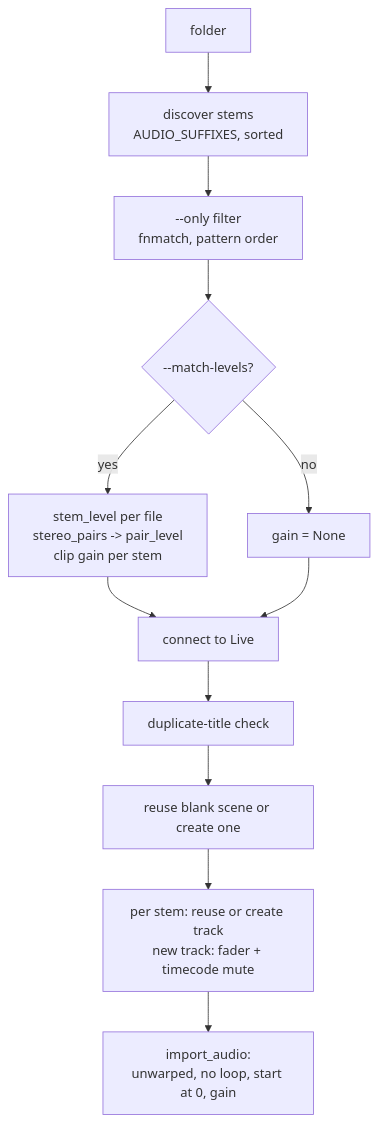
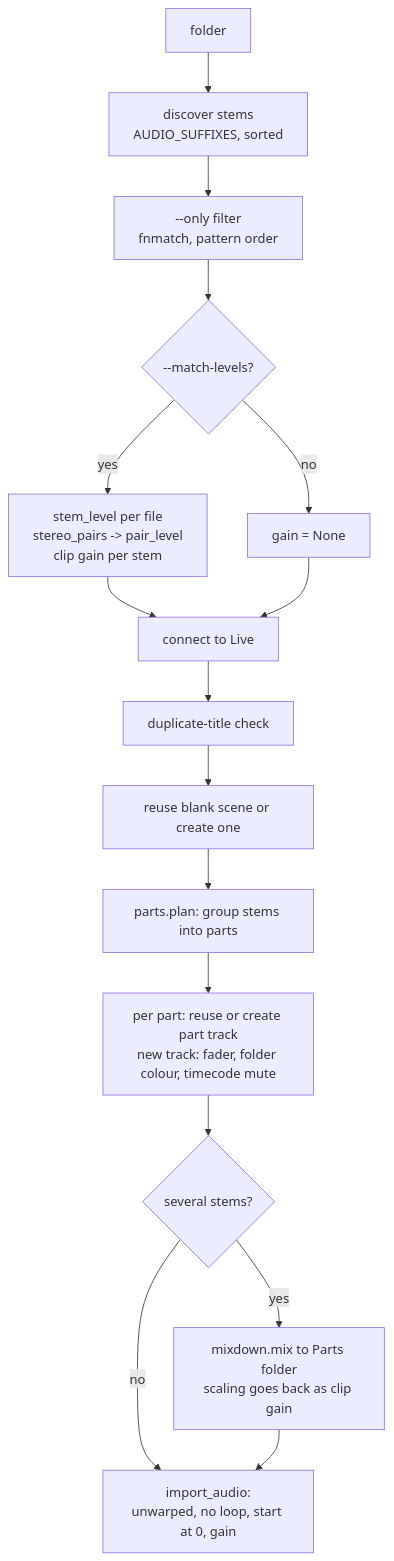
The diagram in docs/documentation/cli-and-live-control.md (BenCurrie42/hackathon_2026), drawn with Mermaid before and after one commit. The commit also changed other lines of this file and 19 other files, not shown here.

````diff
--- a/docs/documentation/cli-and-live-control.md
+++ b/docs/documentation/cli-and-live-control.md
@@ -113,14 +117,18 @@
 ```mermaid
 flowchart TD
     A[folder] --> B[discover stems<br/>AUDIO_SUFFIXES, sorted]
     B --> C[--only filter<br/>fnmatch, pattern order]
     C --> D{--match-levels?}
     D -- yes --> E[stem_level per file<br/>stereo_pairs -> pair_level<br/>clip gain per stem]
     D -- no --> F[gain = None]
     E --> G[connect to Live]
     F --> G
     G --> H[duplicate-title check]
     H --> I[reuse blank scene or create one]
-    I --> J[per stem: reuse or create track<br/>new track: fader + timecode mute]
-    J --> K[import_audio:<br/>unwarped, no loop, start at 0, gain]
+    I --> J[parts.plan: group stems into parts]
+    J --> J2[per part: reuse or create part track<br/>new track: fader, folder colour, timecode mute]
+    J2 --> J3{several stems?}
+    J3 -- yes --> J4[mixdown.mix to Parts folder<br/>scaling goes back as clip gain]
+    J3 -- no --> K
+    J4 --> K[import_audio:<br/>unwarped, no loop, start at 0, gain]
 ```
````
